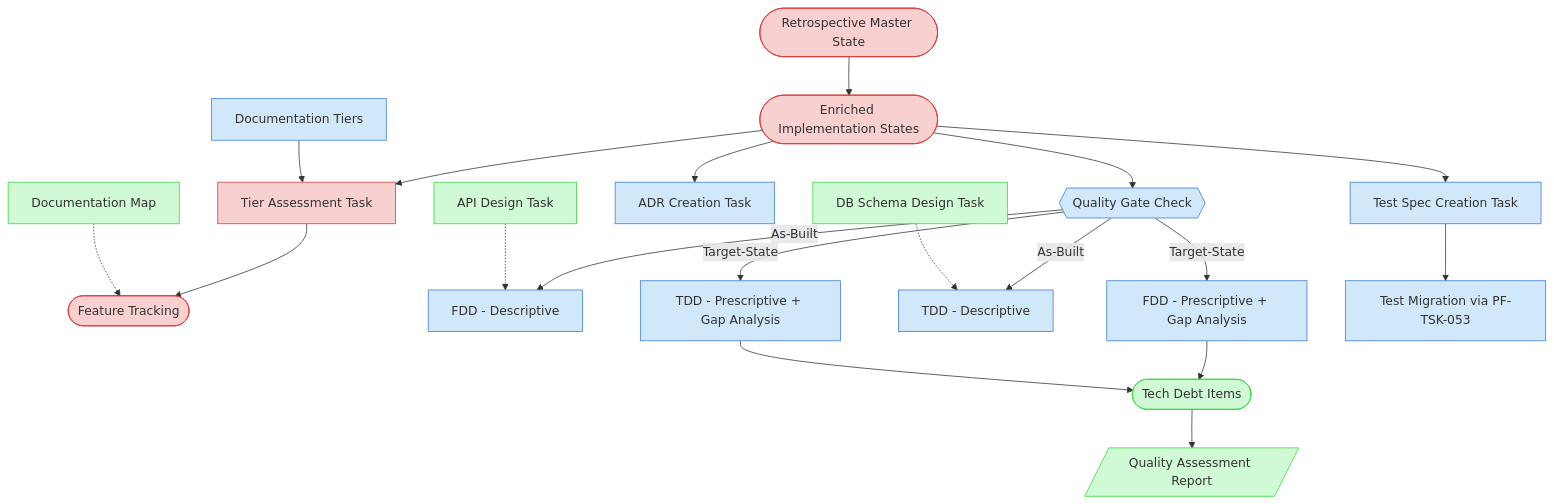
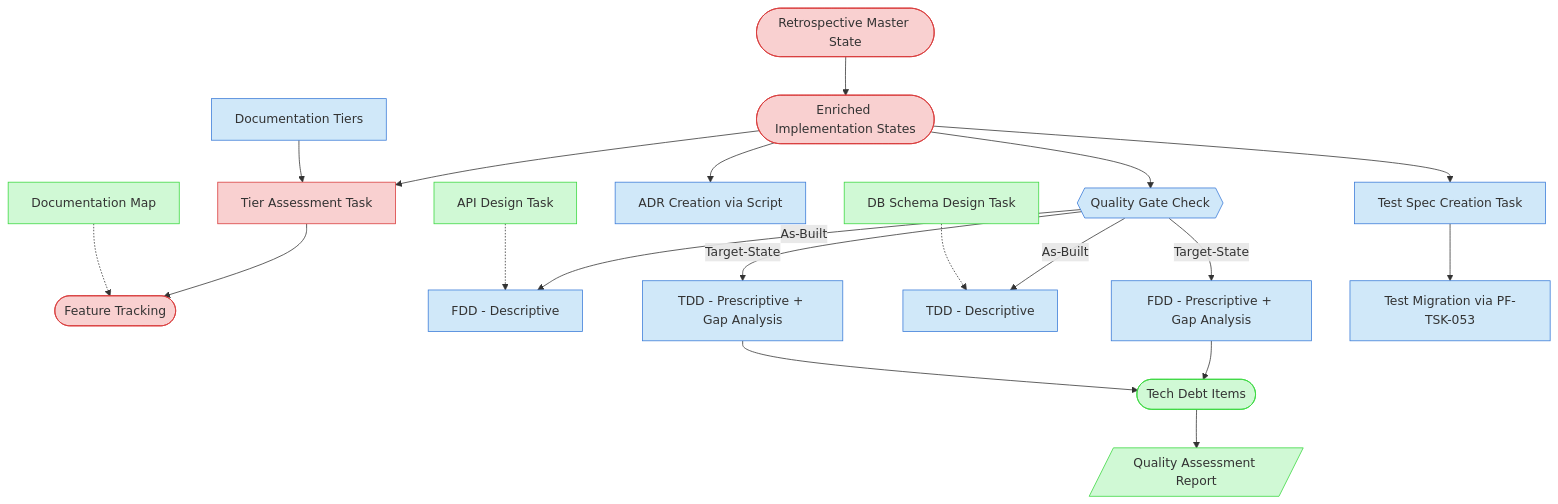
Before and after one commit to Abtomation/LinkWatcher: the diagram in process-framework/visualization/context-maps/00-setup/retrospective-documentation-creation-map.md, drawn with Mermaid. The commit also changed other lines of this file and 354 other files, not shown here.

````diff
--- a/process-framework/visualization/context-maps/00-setup/retrospective-documentation-creation-map.md
+++ b/process-framework/visualization/context-maps/00-setup/retrospective-documentation-creation-map.md
@@ -18,29 +18,29 @@
 ```mermaid
 graph TD
     classDef critical fill:#f9d0d0,stroke:#d83a3a
     classDef important fill:#d0e8f9,stroke:#3a7bd8
     classDef reference fill:#d0f9d5,stroke:#3ad83f
 
     MasterState([Retrospective Master State]) --> EnrichedStates([Enriched Implementation States])
     EnrichedStates --> TierTask[Tier Assessment Task]
     TierTask --> FeatureTracking([Feature Tracking])
     EnrichedStates --> QualityGate{{Quality Gate Check}}
     QualityGate --> |"As-Built"| FDD_AB[FDD - Descriptive]
     QualityGate --> |"Target-State"| FDD_TS[FDD - Prescriptive + Gap Analysis]
     QualityGate --> |"As-Built"| TDD_AB[TDD - Descriptive]
     QualityGate --> |"Target-State"| TDD_TS[TDD - Prescriptive + Gap Analysis]
     FDD_TS --> TechDebt([Tech Debt Items])
     TDD_TS --> TechDebt
     TechDebt --> QAR[/Quality Assessment Report/]
     EnrichedStates --> TestSpec[Test Spec Creation Task]
     TestSpec --> TestMigration[Test Migration via PF-TSK-053]
-    EnrichedStates --> ADR[ADR Creation Task]
+    EnrichedStates --> ADR[ADR Creation via Script]
     DocTiers[Documentation Tiers] --> TierTask
     DocMap[Documentation Map] -.-> FeatureTracking
     APITask[API Design Task] -.-> FDD_AB
     DBTask[DB Schema Design Task] -.-> TDD_AB
 
     class MasterState,EnrichedStates,FeatureTracking,TierTask critical
     class DocTiers,QualityGate,FDD_AB,FDD_TS,TDD_AB,TDD_TS,TestSpec,TestMigration,ADR important
     class DocMap,APITask,DBTask,TechDebt,QAR reference
 ```
````
